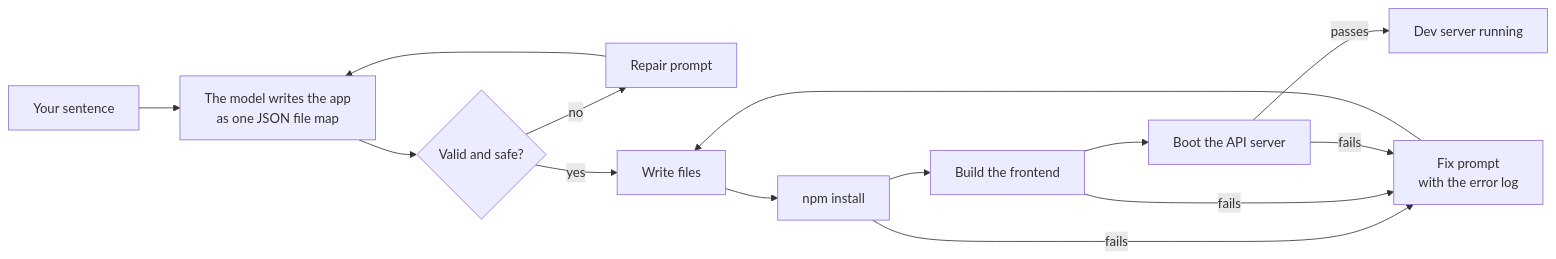
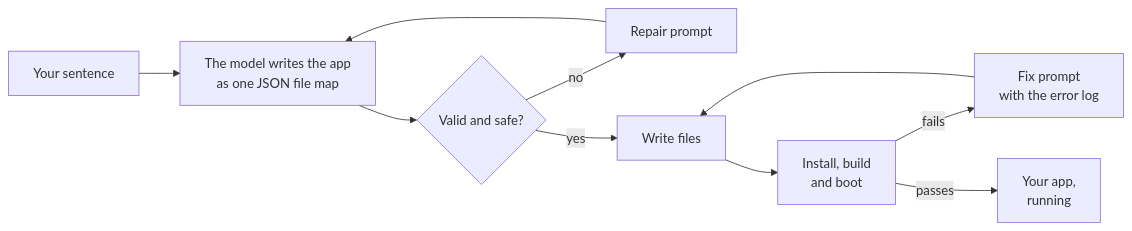
Before and after one commit to VihaanSinghBroCode/ignite-ai: the diagram in README.md, drawn with Mermaid. The commit also changed 1 other file, not shown here.

Commit message:
Open the demo on the finished run and simplify the diagram
The GIF's first frame is what shows before it plays and wherever GIFs
don't animate, so it now opens on the finished result. A larger palette
keeps the accent colors. The flow diagram is now one readable row.

````diff
--- a/README.md
+++ b/README.md
@@ -63,14 +63,12 @@
 ```mermaid
 flowchart LR
     A["Your sentence"] --> B["The model writes the app<br/>as one JSON file map"]
     B --> C{"Valid and safe?"}
     C -->|no| R["Repair prompt"]
     R --> B
     C -->|yes| D["Write files"]
-    D --> E["npm install"]
-    E --> F["Build the frontend"]
-    F --> G["Boot the API server"]
-    E & F & G -->|fails| X["Fix prompt<br/>with the error log"]
+    D --> E["Install, build<br/>and boot"]
+    E -->|fails| X["Fix prompt<br/>with the error log"]
     X --> D
-    G -->|passes| H["Dev server running"]
+    E -->|passes| H["Your app,<br/>running"]
 ```
````
